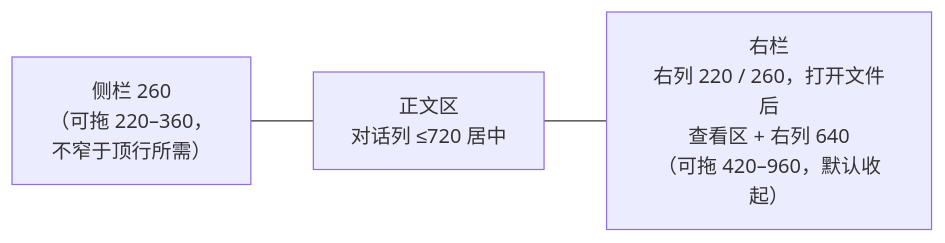
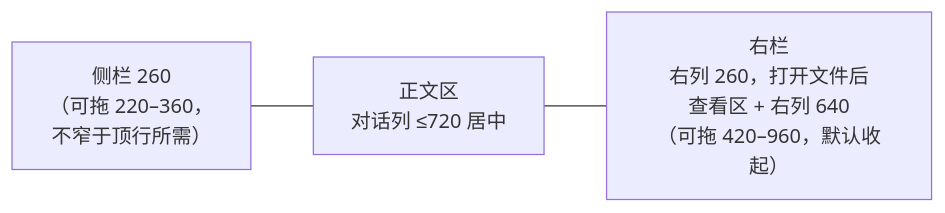
Before and after one commit to yangflow/hoplet: the first of 2 diagrams in docs/design/0024-desktop-layout.md, drawn with Mermaid. The commit also changed other lines of this file and 10 other files, not shown here.

````diff
--- a/docs/design/0024-desktop-layout.md
+++ b/docs/design/0024-desktop-layout.md
@@ -16,4 +16,4 @@
 ```mermaid
 flowchart LR
-    S["侧栏 260<br/>（可拖 220–360，<br/>不窄于顶行所需）"] --- C["正文区<br/>对话列 ≤720 居中"] --- P["右栏<br/>右列 220 / 260，打开文件后<br/>查看区 + 右列 640<br/>（可拖 420–960，默认收起）"]
+    S["侧栏 260<br/>（可拖 220–360，<br/>不窄于顶行所需）"] --- C["正文区<br/>对话列 ≤720 居中"] --- P["右栏<br/>右列 260，打开文件后<br/>查看区 + 右列 640<br/>（可拖 420–960，默认收起）"]
 ```
````
